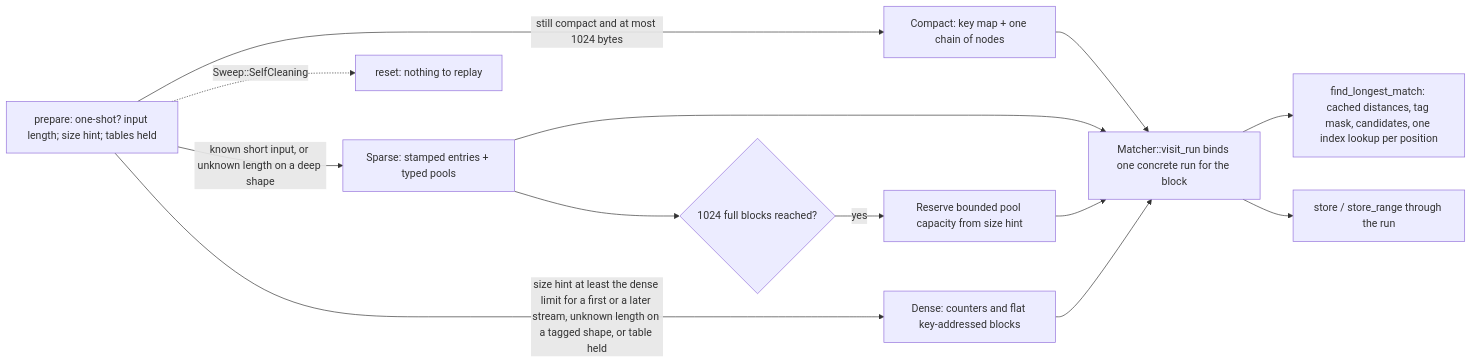
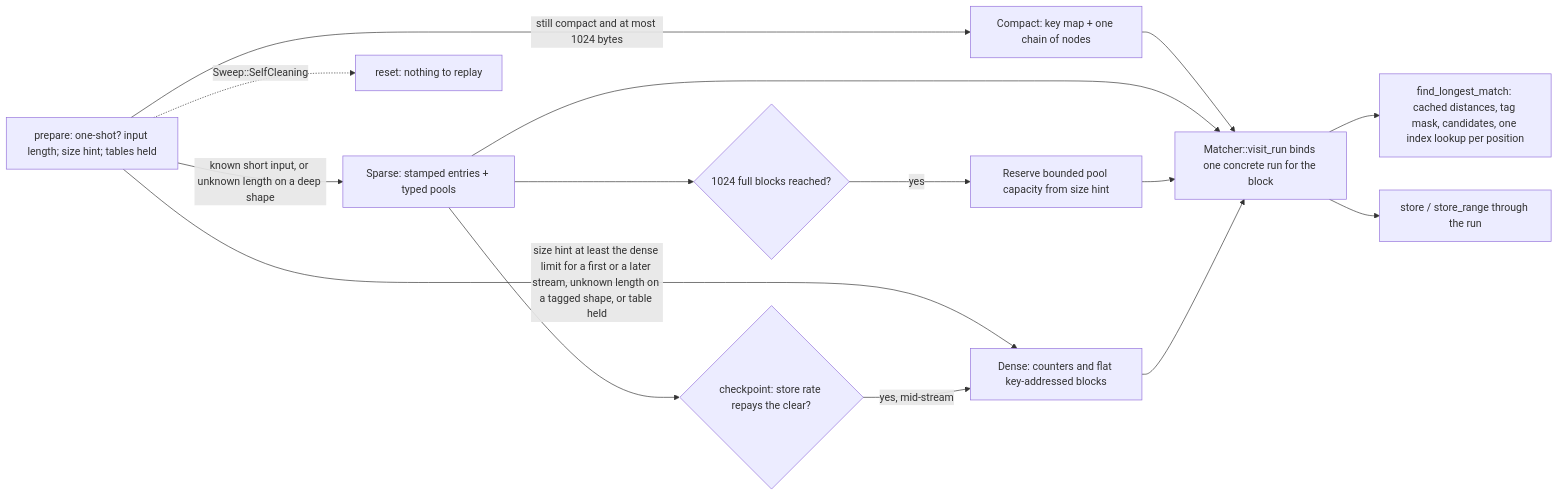
The eighth of 16 diagrams in architecture/greedy-encoder.md (Mnwa/mbrotli), drawn with Mermaid before and after one commit. The commit also changed other lines of this file and 168 other files, not shown here.

````diff
--- a/architecture/greedy-encoder.md
+++ b/architecture/greedy-encoder.md
@@ -427,15 +497,17 @@
 ```mermaid
 flowchart LR
     prepare[prepare: one-shot? input length; size hint; tables held] -->|still compact and at most 1024 bytes| compact[Compact: key map + one chain of nodes]
     prepare -->|known short input, or unknown length on a deep shape| sparse[Sparse: stamped entries + typed pools]
     prepare -->|size hint at least the dense limit for a first or a later stream, unknown length on a tagged shape, or table held| dense[Dense: counters and flat key-addressed blocks]
     compact --> run[Matcher::visit_run binds one concrete run for the block]
     sparse --> run
+    sparse --> checkpoint{checkpoint: store rate repays the clear?}
+    checkpoint -->|yes, mid-stream| dense
     sparse --> promoted{1024 full blocks reached?}
     promoted -->|yes| reserve[Reserve bounded pool capacity from size hint]
     reserve --> run
     dense --> run
     run --> search[find_longest_match: cached distances, tag mask, candidates, one index lookup per position]
     run --> store[store / store_range through the run]
     prepare -. Sweep::SelfCleaning .-> reset[reset: nothing to replay]
 ```
````
